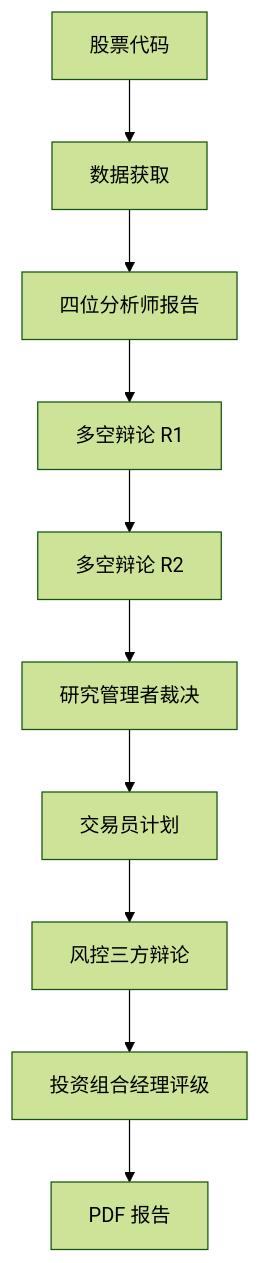
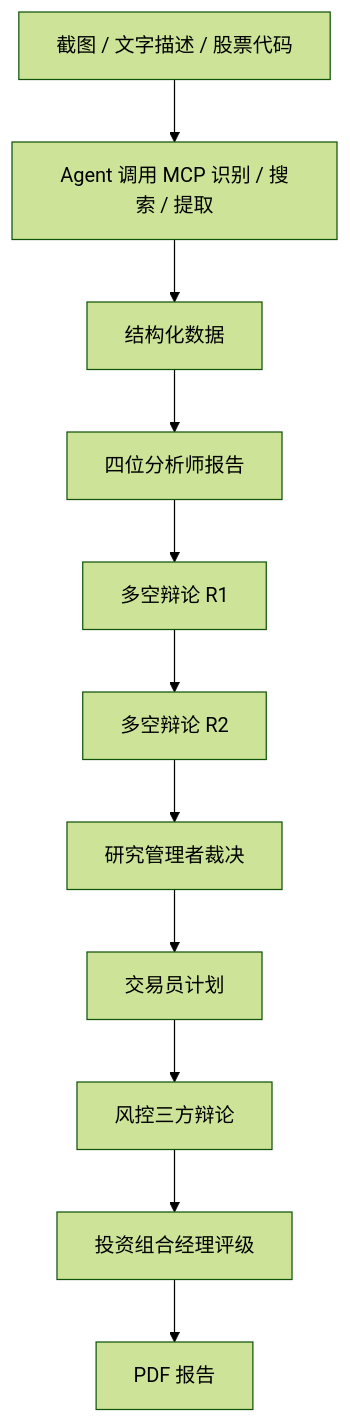
Before and after one commit to tanteng/blog: the diagram in content/posts/tradingagents-cn-skill-openclaw.md, drawn with Mermaid (forest theme). The commit also changed other lines of this file, not shown here.

Commit message:
post: 更新 TradingAgents-CN-Skill 流程图，支持截图/文字/股票代码三种输入

```diff
--- a/content/posts/tradingagents-cn-skill-openclaw.md
+++ b/content/posts/tradingagents-cn-skill-openclaw.md
@@ -24,12 +24,13 @@
 {{< mermaid >}}
 flowchart TD
-    A[股票代码] --> B[数据获取]
-    B --> C[四位分析师报告]
-    C --> D[多空辩论 R1]
-    D --> E[多空辩论 R2]
-    E --> F[研究管理者裁决]
-    F --> G[交易员计划]
-    G --> H[风控三方辩论]
-    H --> I[投资组合经理评级]
-    I --> J[PDF 报告]
+    A[截图 / 文字描述 / 股票代码] --> B[Agent 调用 MCP 识别 / 搜索 / 提取]
+    B --> C[结构化数据]
+    C --> D[四位分析师报告]
+    D --> E[多空辩论 R1]
+    E --> F[多空辩论 R2]
+    F --> G[研究管理者裁决]
+    G --> H[交易员计划]
+    H --> I[风控三方辩论]
+    I --> J[投资组合经理评级]
+    J --> K[PDF 报告]
 {{< /mermaid >}}
```
